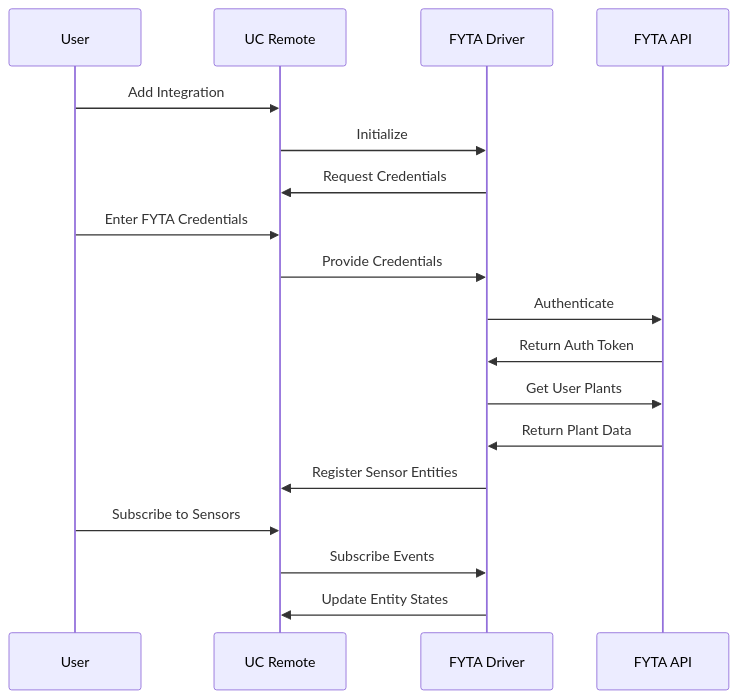
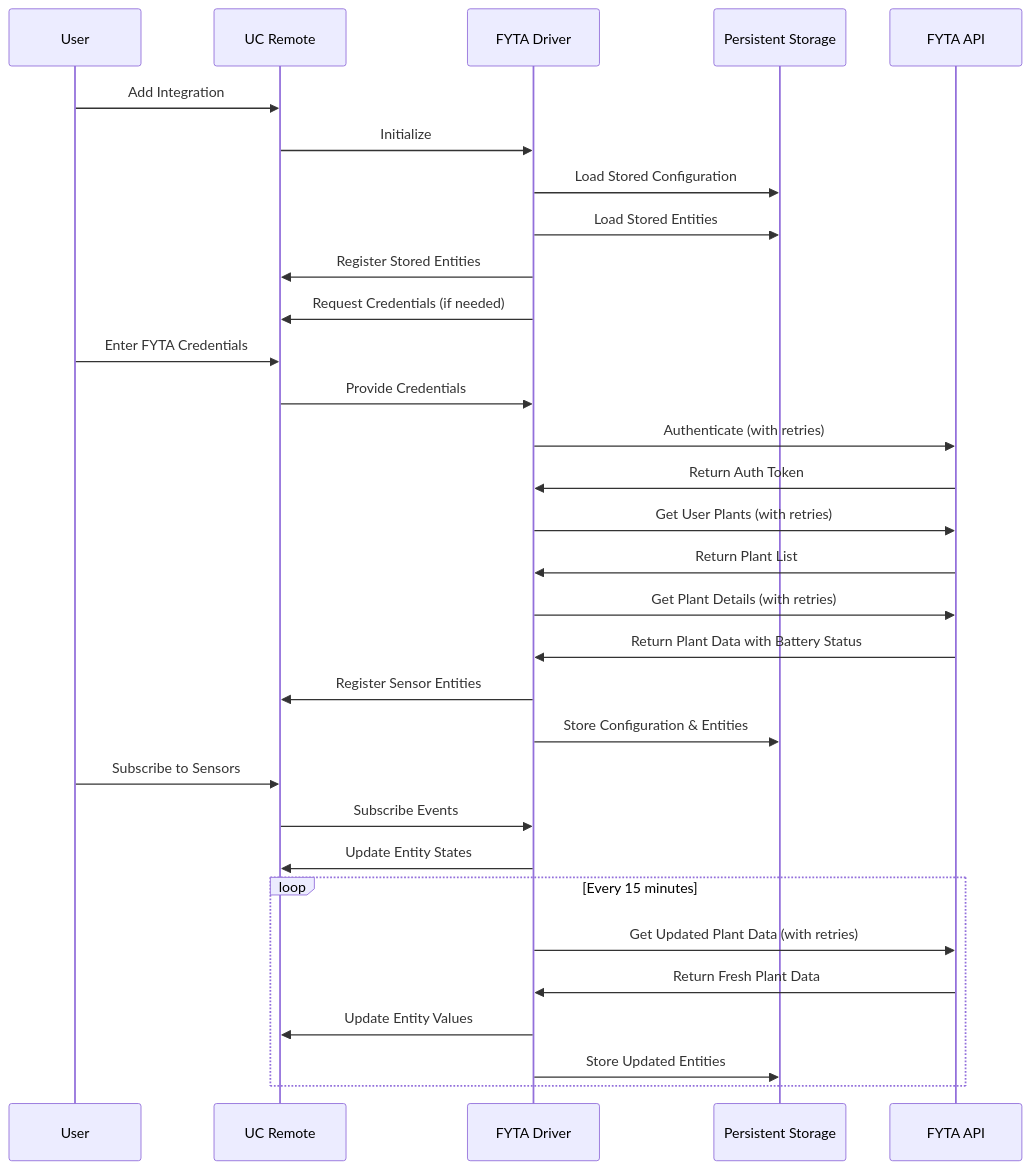
One commit to FYTA-GmbH/uc-integration-fyta changed the first of 2 diagrams in README.md. Above: the diagram before and after it, drawn with Mermaid. The commit also changed other lines of this file, not shown here.

````diff
--- a/README.md
+++ b/README.md
@@ -28,21 +32,35 @@
 ```mermaid
 sequenceDiagram
     participant User
     participant UCRemote as UC Remote
     participant Driver as FYTA Driver
+    participant Storage as Persistent Storage
     participant FYTAAPI as FYTA API
 
     User->>UCRemote: Add Integration
     UCRemote->>Driver: Initialize
-    Driver->>UCRemote: Request Credentials
+    Driver->>Storage: Load Stored Configuration
+    Driver->>Storage: Load Stored Entities
+    Driver->>UCRemote: Register Stored Entities
+    Driver->>UCRemote: Request Credentials (if needed)
     User->>UCRemote: Enter FYTA Credentials
     UCRemote->>Driver: Provide Credentials
-    Driver->>FYTAAPI: Authenticate
+    Driver->>FYTAAPI: Authenticate (with retries)
     FYTAAPI->>Driver: Return Auth Token
-    Driver->>FYTAAPI: Get User Plants
-    FYTAAPI->>Driver: Return Plant Data
+    Driver->>FYTAAPI: Get User Plants (with retries)
+    FYTAAPI->>Driver: Return Plant List
+    Driver->>FYTAAPI: Get Plant Details (with retries)
+    FYTAAPI->>Driver: Return Plant Data with Battery Status
     Driver->>UCRemote: Register Sensor Entities
+    Driver->>Storage: Store Configuration & Entities
     User->>UCRemote: Subscribe to Sensors
     UCRemote->>Driver: Subscribe Events
     Driver->>UCRemote: Update Entity States
+    
+    loop Every 15 minutes
+        Driver->>FYTAAPI: Get Updated Plant Data (with retries)
+        FYTAAPI->>Driver: Return Fresh Plant Data
+        Driver->>UCRemote: Update Entity Values
+        Driver->>Storage: Store Updated Entities
+    end
 ```
````
